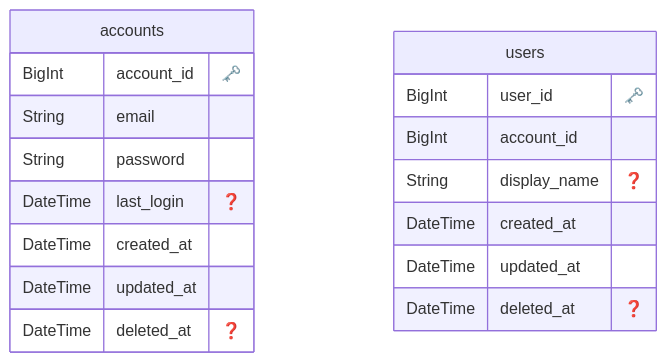
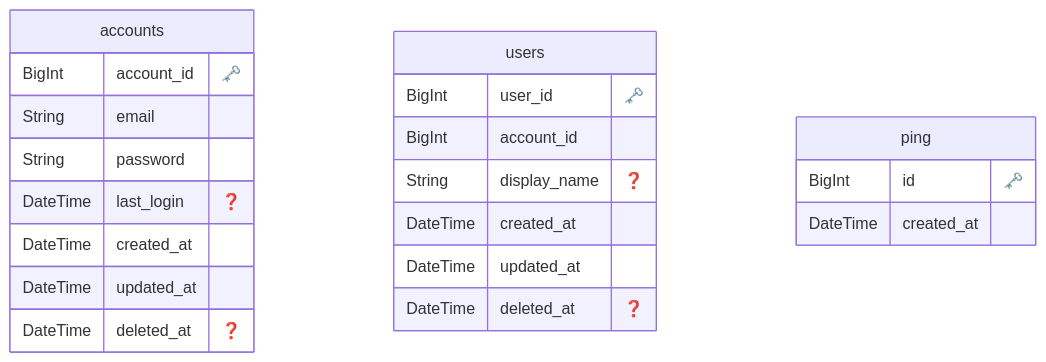
The diagram in prisma/ERD.md (Geek-Teck-Mentors/trend_diary), drawn with Mermaid before and after one commit. The commit also changed 6 other files, not shown here.

````diff
--- a/prisma/ERD.md
+++ b/prisma/ERD.md
@@ -1,24 +1,30 @@
 ```mermaid
 erDiagram
 
   "accounts" {
     BigInt account_id "🗝️"
     String email 
     String password 
     DateTime last_login "❓"
     DateTime created_at 
     DateTime updated_at 
     DateTime deleted_at "❓"
     }
   
 
   "users" {
     BigInt user_id "🗝️"
     BigInt account_id 
     String display_name "❓"
     DateTime created_at 
     DateTime updated_at 
     DateTime deleted_at "❓"
     }
   
+
+  "ping" {
+    BigInt id "🗝️"
+    DateTime created_at 
+    }
+  
 ```
````
